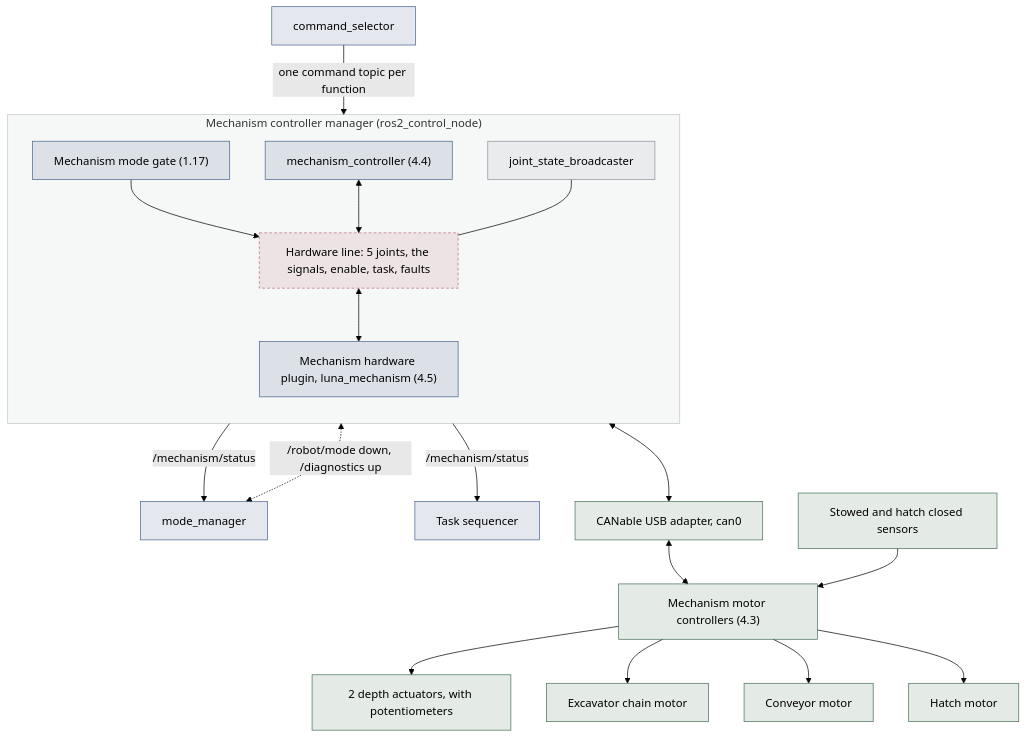
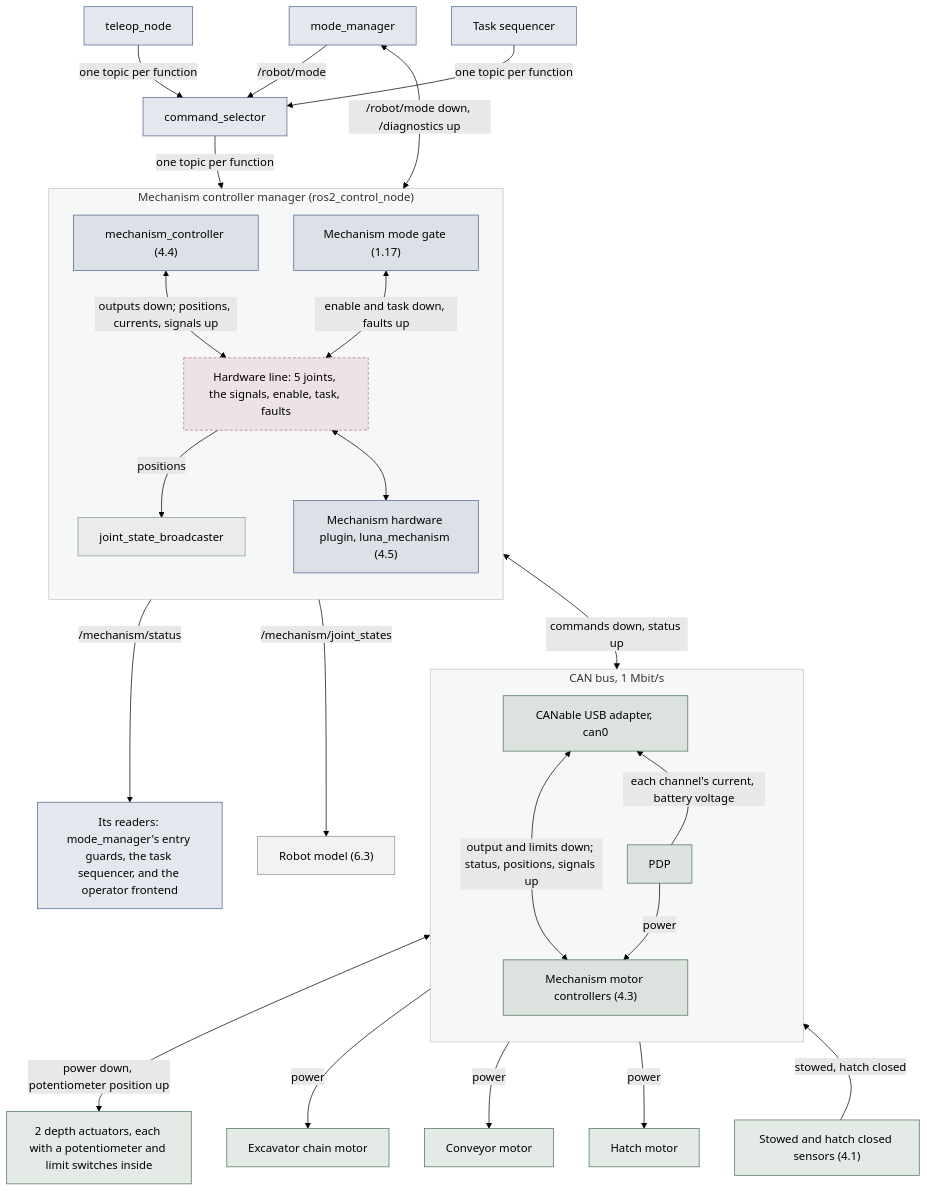
One commit to STAR-Robotics-Team/starrt-luna-software changed the first of 2 diagrams in docs/design/mechanism.md. Above: the diagram before and after it, drawn with Mermaid (forest theme). The commit also changed other lines of this file and 25 other files, not shown here.

````diff
--- a/docs/design/mechanism.md
+++ b/docs/design/mechanism.md
@@ -262,50 +262,65 @@
 ```mermaid
 ---
 config:
   flowchart:
-    wrappingWidth: 220
+    wrappingWidth: 200
 ---
 flowchart TB
+  teleop["teleop_node"]
+  seq["Task sequencer"]
+  mm["mode_manager"]
   sel["command_selector"]
-  mm["mode_manager"]
-  seq["Task sequencer"]
   subgraph cm["Mechanism controller manager (ros2_control_node)"]
     direction TB
+    mc["mechanism_controller (4.4)"]
     gate["Mechanism mode gate (1.17)"]
-    mc["mechanism_controller (4.4)"]
     jsb["joint_state_broadcaster"]
     line["Hardware line: 5 joints, the signals, enable, task, faults"]
     plugin["Mechanism hardware plugin, luna_mechanism (4.5)"]
-    gate --> line
-    mc <--> line
-    jsb --- line
+    mc <-->|"outputs down; positions, currents, signals up"| line
+    gate <-->|"enable and task down, faults up"| line
+    line -->|"positions"| jsb
     line <--> plugin
   end
-  adapter["CANable USB adapter, can0"]
-  ctrls["Mechanism motor controllers (4.3)"]
-  depth["2 depth actuators, with potentiometers"]
+  rm["Robot model (6.3)"]
+  readers["Its readers: mode_manager's entry guards, the task sequencer, and the operator frontend"]
+  subgraph can["CAN bus, 1 Mbit/s"]
+    direction TB
+    adapter["CANable USB adapter, can0"]
+    ctrls["Mechanism motor controllers (4.3)"]
+    pdp["PDP"]
+    adapter <-->|"output and limits down; status, positions, signals up"| ctrls
+    adapter ~~~ pdp
+    pdp -->|"power"| ctrls
+    pdp -->|"each channel's current, battery voltage"| adapter
+  end
+  depth["2 depth actuators, each with a potentiometer and limit switches inside"]
   chain["Excavator chain motor"]
   conv["Conveyor motor"]
   hatch["Hatch motor"]
-  sensors["Stowed and hatch closed sensors"]
-  sel -->|"one command topic per function"| mc
-  mm <-.->|"/robot/mode down, /diagnostics up"| gate
-  mc -->|"/mechanism/status"| mm
-  mc -->|"/mechanism/status"| seq
-  plugin <--> adapter
-  adapter <--> ctrls
-  ctrls --> depth
-  ctrls --> chain
-  ctrls --> conv
-  ctrls --> hatch
-  sensors --> ctrls
+  sensors["Stowed and hatch closed sensors (4.1)"]
+  teleop -->|"one topic per function"| sel
+  seq -->|"one topic per function"| sel
+  mm -->|"/robot/mode"| sel
+  mm <-->|"/robot/mode down, /diagnostics up"| gate
+  sel -->|"one topic per function"| mc
+  mc -->|"/mechanism/status"| readers
+  jsb -->|"/mechanism/joint_states"| rm
+  plugin <-->|"commands down, status up"| adapter
+  ctrls <-->|"power down, potentiometer position up"| depth
+  ctrls -->|"power"| chain
+  ctrls -->|"power"| conv
+  ctrls -->|"power"| hatch
+  ctrls ~~~ sensors
+  sensors -->|"stowed, hatch closed"| ctrls
   classDef ours fill:#4c669026,stroke:#4c6690
   classDef ros fill:#8b939c1f,stroke:#8b939c
   classDef hw fill:#4a725926,stroke:#4a7259
   classDef hwline fill:#b9707c26,stroke:#b9707c,stroke-dasharray:4 3
-  class sel,mm,seq,gate,mc,plugin ours
-  class jsb ros
-  class adapter,ctrls,depth,chain,conv,hatch,sensors hw
+  class teleop,seq,mm,sel,gate,mc,plugin,readers ours
+  class jsb,rm ros
+  class adapter,pdp,ctrls,depth,chain,conv,hatch,sensors hw
   class line hwline
   style cm fill:#8b939c14,stroke:#8b939c80
+  style can fill:#8b939c14,stroke:#8b939c80
 ```
````
